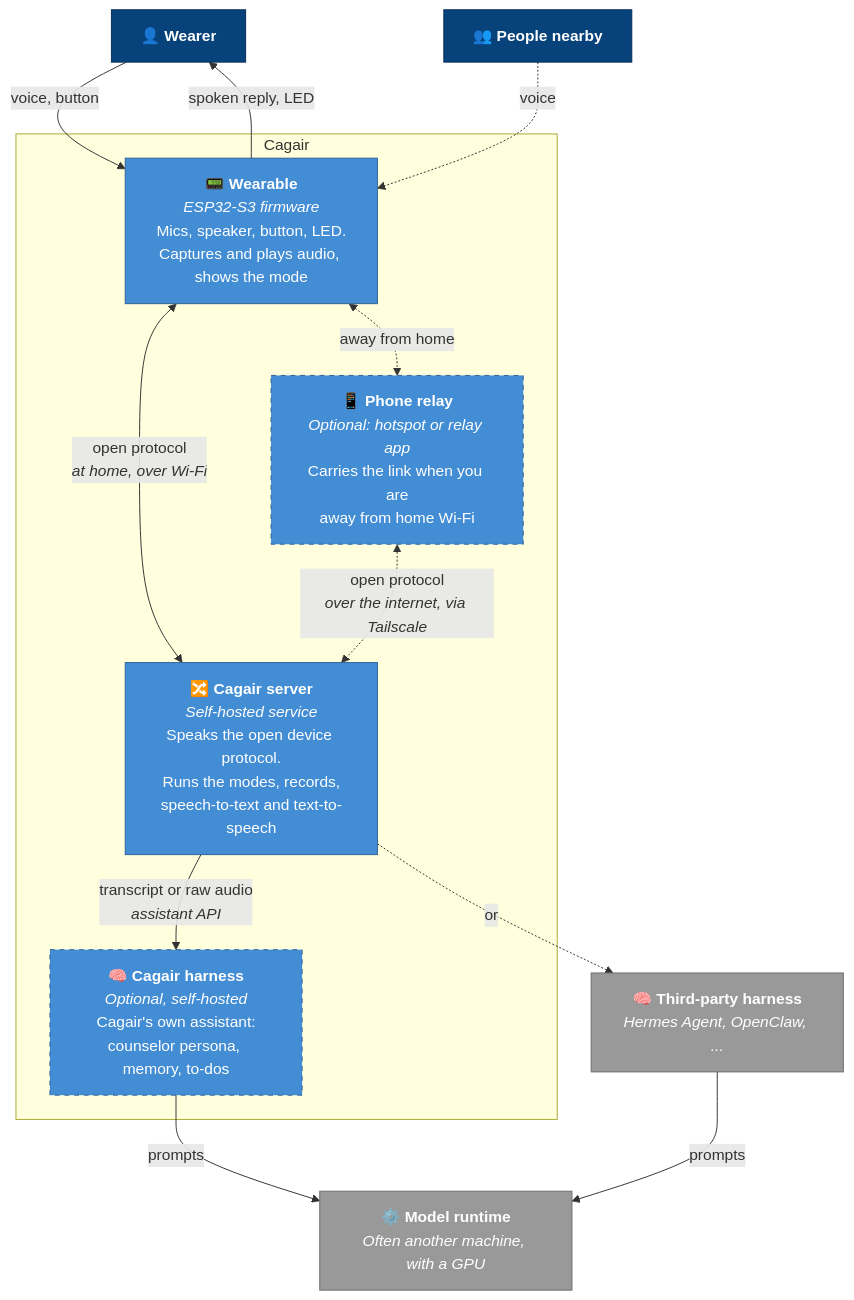
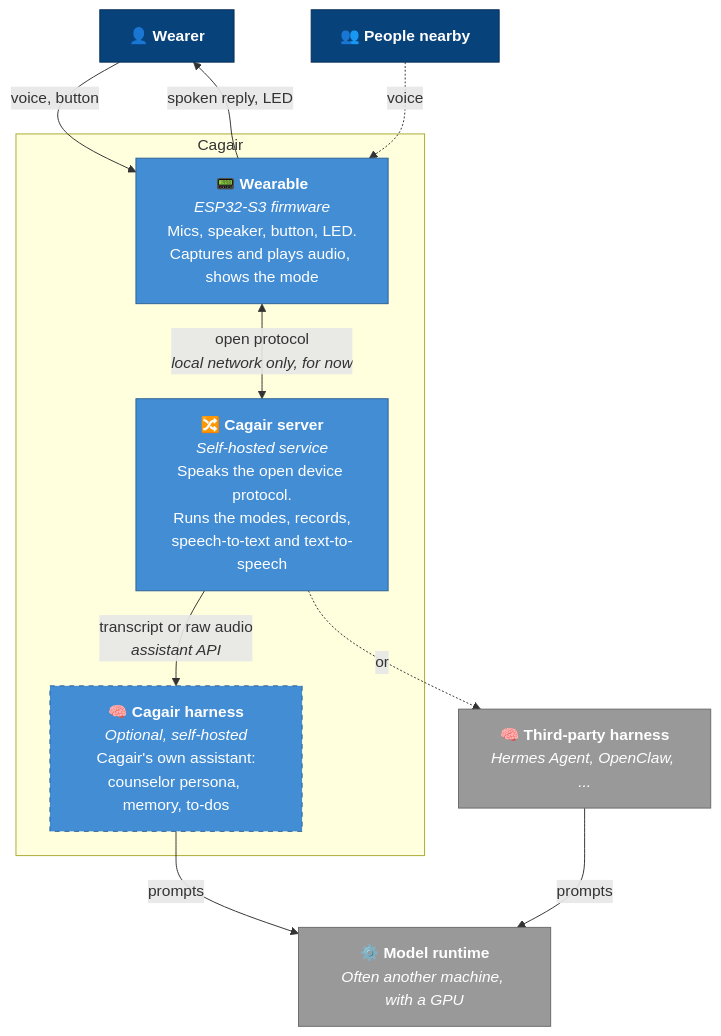
Before and after one commit to alphanovia/cagair: the second of 2 diagrams in docs/architecture.md, drawn with Mermaid. The commit also changed other lines of this file and 1 other file, not shown here.

First line of the commit message:
Scope the first milestone to the local network; defer remote access

````diff
--- a/docs/architecture.md
+++ b/docs/architecture.md
@@ -49,36 +49,33 @@
 ```mermaid
 flowchart TB
     wearer["👤 <b>Wearer</b>"]
     bystander["👥 <b>People nearby</b>"]
 
     subgraph cagair_boundary ["Cagair"]
         wearable["📟 <b>Wearable</b><br/><i>ESP32-S3 firmware</i><br/>Mics, speaker, button, LED.<br/>Captures and plays audio, shows the mode"]
-        relay["📱 <b>Phone relay</b><br/><i>Optional: hotspot or relay app</i><br/>Carries the link when you are<br/>away from home Wi-Fi"]
         server["🔀 <b>Cagair server</b><br/><i>Self-hosted service</i><br/>Speaks the open device protocol.<br/>Runs the modes, records,<br/>speech-to-text and text-to-speech"]
         own_harness["🧠 <b>Cagair harness</b><br/><i>Optional, self-hosted</i><br/>Cagair's own assistant:<br/>counselor persona, memory, to-dos"]
     end
 
     third_party["🧠 <b>Third-party harness</b><br/><i>Hermes Agent, OpenClaw, ...</i>"]
     models["⚙️ <b>Model runtime</b><br/><i>Often another machine, with a GPU</i>"]
 
     wearer -- "voice, button" --> wearable
     wearable -- "spoken reply, LED" --> wearer
     bystander -. "voice" .-> wearable
 
-    wearable <-->|"open protocol<br/><i>at home, over Wi-Fi</i>"| server
-    wearable <-.->|"away from home"| relay
-    relay <-.->|"open protocol<br/><i>over the internet, via Tailscale</i>"| server
+    wearable <-->|"open protocol<br/><i>local network only, for now</i>"| server
     server -- "transcript or raw audio<br/><i>assistant API</i>" --> own_harness
     server -. "or" .-> third_party
     own_harness -- "prompts" --> models
     third_party -- "prompts" --> models
 
     classDef person fill:#08427b,stroke:#052e56,color:#fff
     classDef container fill:#438dd5,stroke:#2e6295,color:#fff
     classDef optional fill:#438dd5,stroke:#2e6295,color:#fff,stroke-dasharray: 5 5
     classDef external fill:#999,stroke:#6b6b6b,color:#fff
     class wearer,bystander person
     class wearable,server container
-    class own_harness,relay optional
+    class own_harness optional
     class third_party,models external
 ```
````
